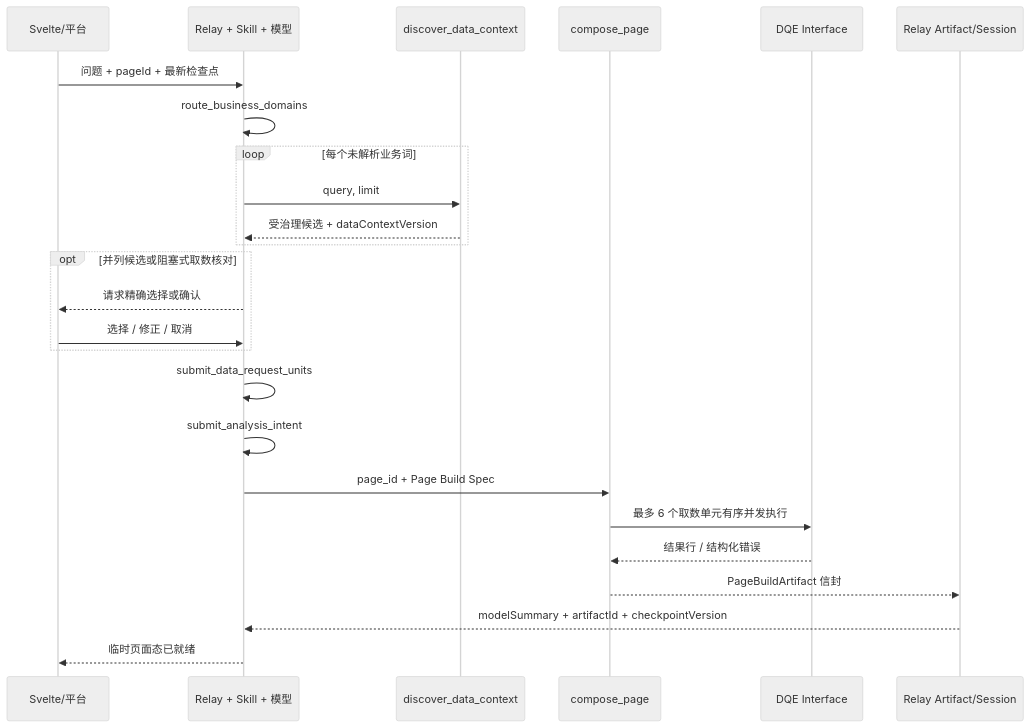
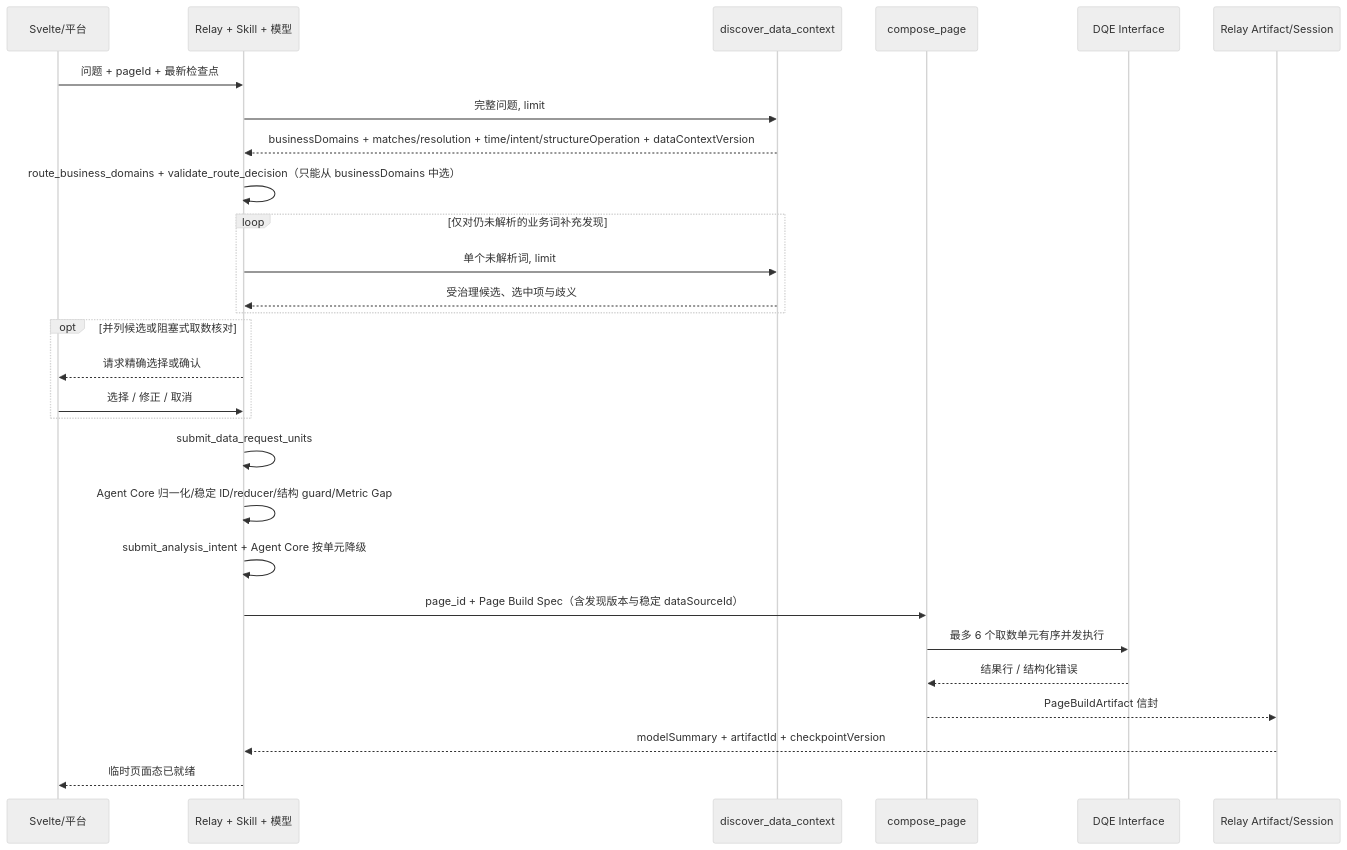
Before and after one commit to CCharlesMeng/MetricCanvas: the second of 3 diagrams in metriccanvas-authoring/ARCHITECTURE.md, drawn with Mermaid (neutral theme). The commit also changed other lines of this file and 42 other files, not shown here.

````diff
--- a/metriccanvas-authoring/ARCHITECTURE.md
+++ b/metriccanvas-authoring/ARCHITECTURE.md
@@ -91,28 +92,31 @@
 ```mermaid
 sequenceDiagram
     participant UI as Svelte/平台
     participant Relay as Relay + Skill + 模型
     participant Discover as discover_data_context
     participant Compose as compose_page
     participant DQE as DQE Interface
     participant Session as Relay Artifact/Session
 
     UI->>Relay: 问题 + pageId + 最新检查点
-    Relay->>Relay: route_business_domains
-    loop 每个未解析业务词
-        Relay->>Discover: query, limit
-        Discover-->>Relay: 受治理候选 + dataContextVersion
+    Relay->>Discover: 完整问题, limit
+    Discover-->>Relay: businessDomains + matches/resolution + time/intent/structureOperation + dataContextVersion
+    Relay->>Relay: route_business_domains + validate_route_decision（只能从 businessDomains 中选）
+    loop 仅对仍未解析的业务词补充发现
+        Relay->>Discover: 单个未解析词, limit
+        Discover-->>Relay: 受治理候选、选中项与歧义
     end
     opt 并列候选或阻塞式取数核对
         Relay-->>UI: 请求精确选择或确认
         UI->>Relay: 选择 / 修正 / 取消
     end
     Relay->>Relay: submit_data_request_units
-    Relay->>Relay: submit_analysis_intent
-    Relay->>Compose: page_id + Page Build Spec
+    Relay->>Relay: Agent Core 归一化/稳定 ID/reducer/结构 guard/Metric Gap
+    Relay->>Relay: submit_analysis_intent + Agent Core 按单元降级
+    Relay->>Compose: page_id + Page Build Spec（含发现版本与稳定 dataSourceId）
     Compose->>DQE: 最多 6 个取数单元有序并发执行
     DQE-->>Compose: 结果行 / 结构化错误
     Compose-->>Session: PageBuildArtifact 信封
     Session-->>Relay: modelSummary + artifactId + checkpointVersion
     Relay-->>UI: 临时页面态已就绪
 ```
````
